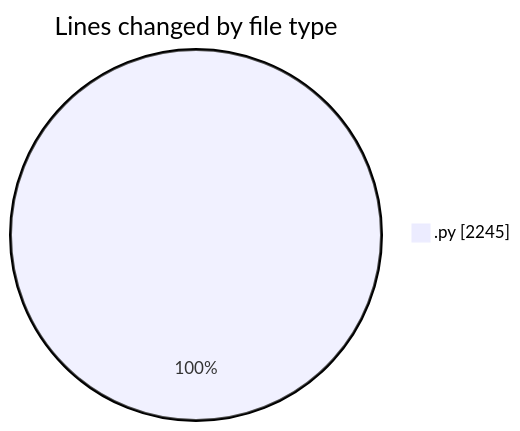
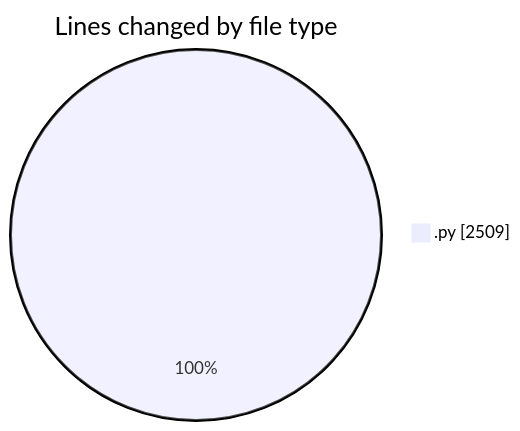
One commit to julien-gomy/code-tracking changed the first of 2 diagrams in 2025-10-23/eventscop-api-guide__workspace_/README.md. Above: the diagram before and after it, drawn with Mermaid. The commit also changed other lines of this file and 1 other file, not shown here.

````diff
--- a/2025-10-23/eventscop-api-guide__workspace_/README.md
+++ b/2025-10-23/eventscop-api-guide__workspace_/README.md
@@ -23,5 +23,5 @@
 ```mermaid
 pie showData
 title Lines changed by file type
-".py" : 2245
+".py" : 2509
 ```
````
